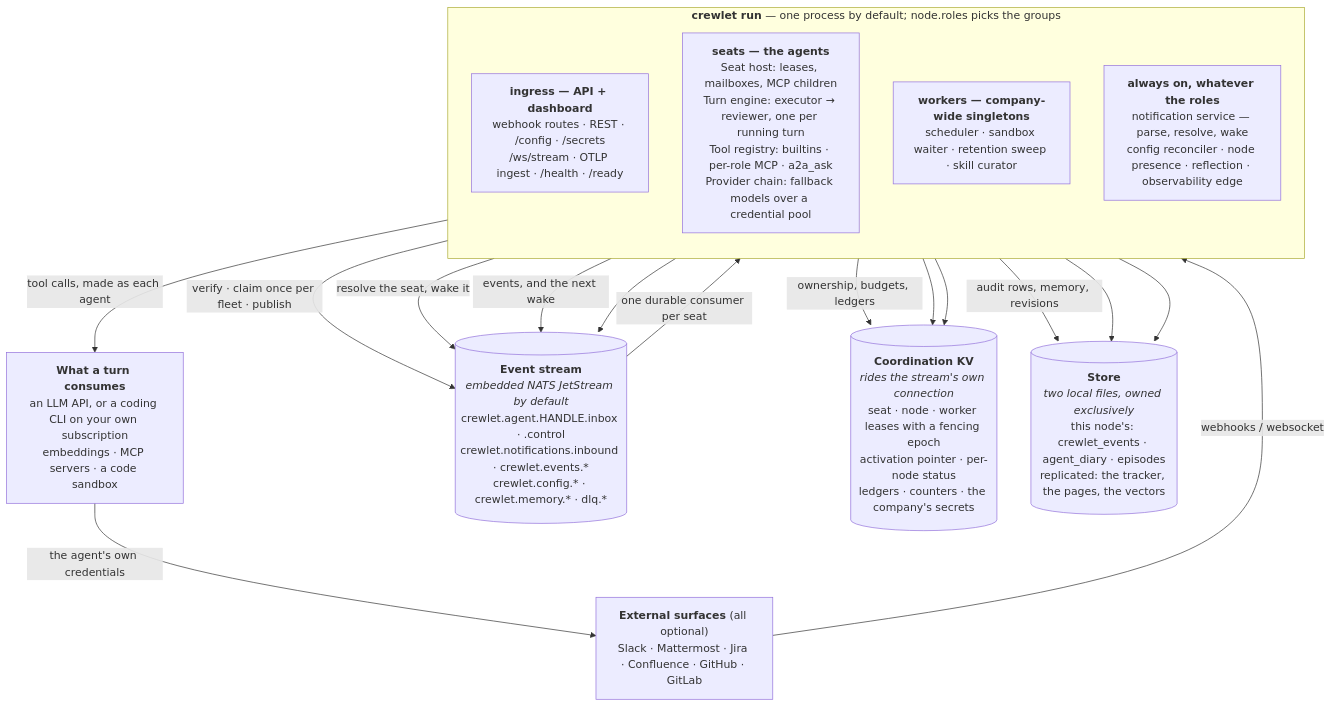
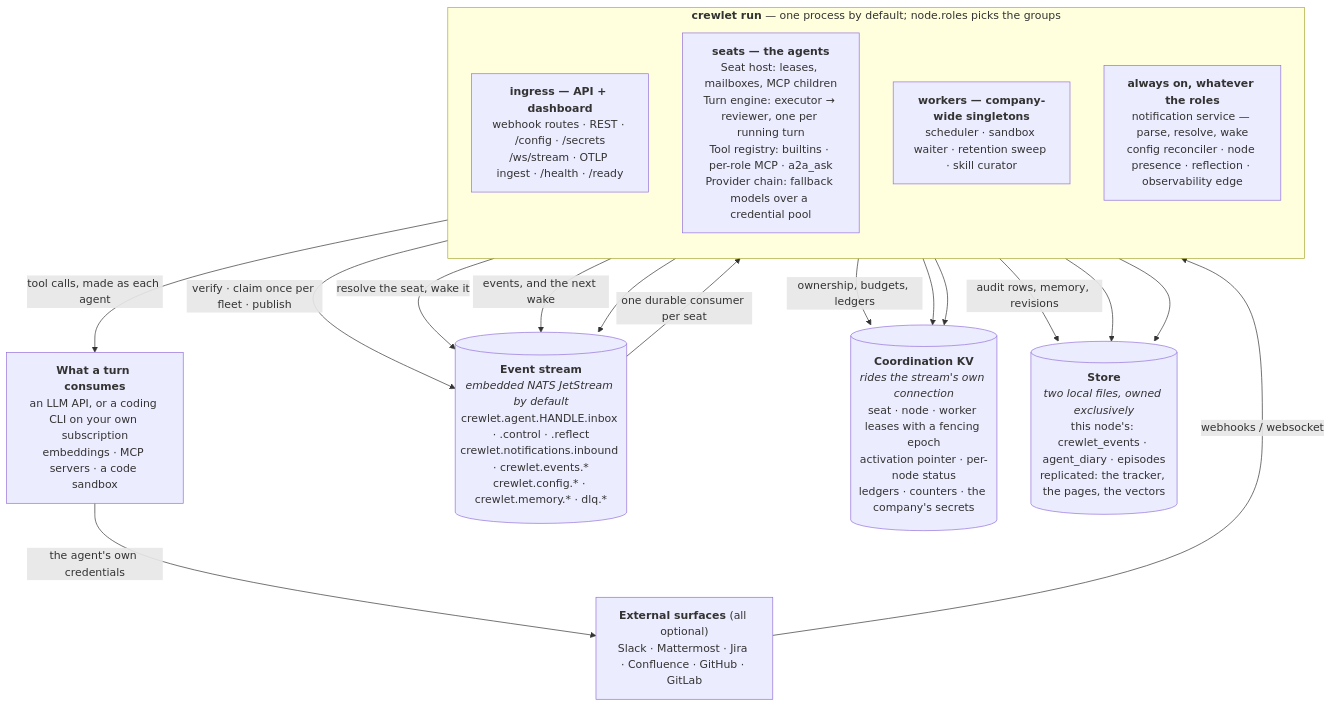
Before and after one commit to crewlet/crewlet: the diagram in docs/concepts/overview.md, drawn with Mermaid. The commit also changed 27 other files, not shown here.

````diff
--- a/docs/concepts/overview.md
+++ b/docs/concepts/overview.md
@@ -56,32 +56,32 @@
 ```mermaid
 flowchart TB
     EXT["<b>External surfaces</b> (all optional)<br/>Slack · Mattermost · Jira · Confluence · GitHub · GitLab"]
     SUPPLY["<b>What a turn consumes</b><br/>an LLM API, or a coding CLI on your own subscription<br/>embeddings · MCP servers · a code sandbox"]
 
     subgraph proc["<b>crewlet run</b> — one process by default; node.roles picks the groups"]
         direction TB
         API["<b>ingress — API + dashboard</b><br/>webhook routes · REST · /config · /secrets<br/>/ws/stream · OTLP ingest · /health · /ready"]
         SEAT["<b>seats — the agents</b><br/>Seat host: leases, mailboxes, MCP children<br/>Turn engine: executor → reviewer, one per running turn<br/>Tool registry: builtins · per-role MCP · a2a_ask<br/>Provider chain: fallback models over a credential pool"]
         DUTY["<b>workers — company-wide singletons</b><br/>scheduler · sandbox waiter · retention sweep · skill curator"]
         CORE["<b>always on, whatever the roles</b><br/>notification service — parse, resolve, wake<br/>config reconciler · node presence · reflection · observability edge"]
     end
 
-    STREAM[("<b>Event stream</b><br/><i>embedded NATS JetStream by default</i><br/>crewlet.agent.HANDLE.inbox · .control<br/>crewlet.notifications.inbound · crewlet.events.*<br/>crewlet.config.* · crewlet.memory.* · dlq.*")]
+    STREAM[("<b>Event stream</b><br/><i>embedded NATS JetStream by default</i><br/>crewlet.agent.HANDLE.inbox · .control · .reflect<br/>crewlet.notifications.inbound · crewlet.events.*<br/>crewlet.config.* · crewlet.memory.* · dlq.*")]
     KV[("<b>Coordination KV</b><br/><i>rides the stream's own connection</i><br/>seat · node · worker leases with a fencing epoch<br/>activation pointer · per-node status<br/>ledgers · counters · the company's secrets")]
     DB[("<b>Store</b><br/><i>two local files, owned exclusively</i><br/>this node's: crewlet_events · agent_diary · episodes<br/>replicated: the tracker, the pages, the vectors")]
 
     EXT -->|"webhooks / websocket"| API
     API -->|"verify · claim once per fleet · publish"| STREAM
     CORE -->|"resolve the seat, wake it"| STREAM
     STREAM -->|"one durable consumer per seat"| SEAT
     SEAT -->|"tool calls, made as each agent"| SUPPLY
     SUPPLY -->|"the agent's own credentials"| EXT
     SEAT -->|"events, and the next wake"| STREAM
     DUTY --> STREAM
     SEAT -->|"ownership, budgets, ledgers"| KV
     CORE --> KV
     DUTY --> KV
     SEAT -->|"audit rows, memory, revisions"| DB
     CORE --> DB
     API --> DB
 ```
````
